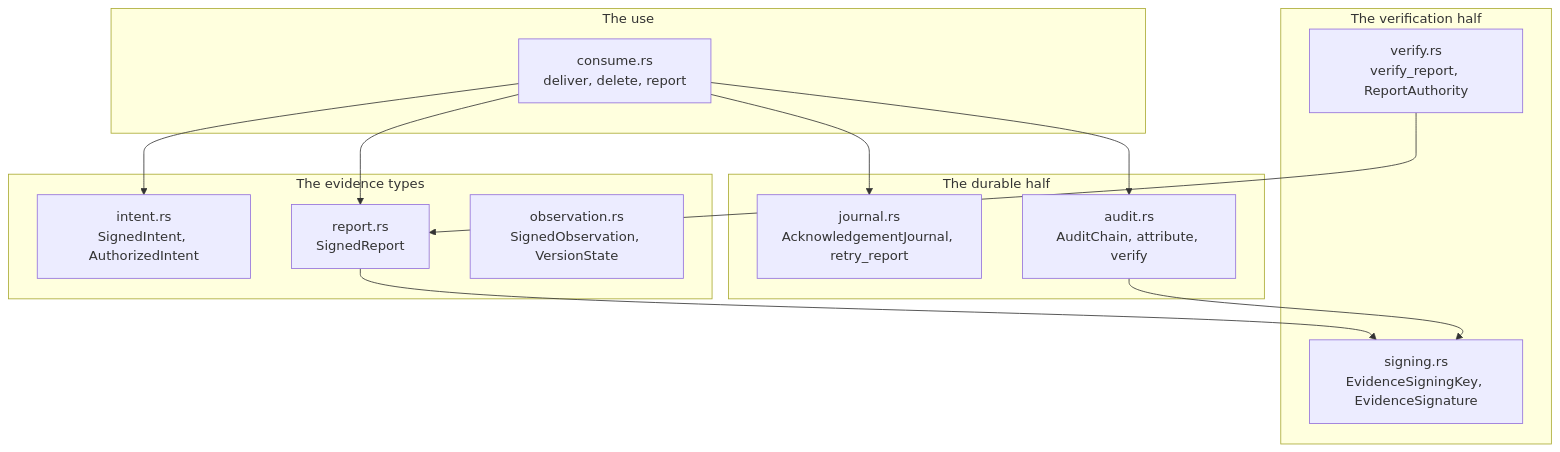
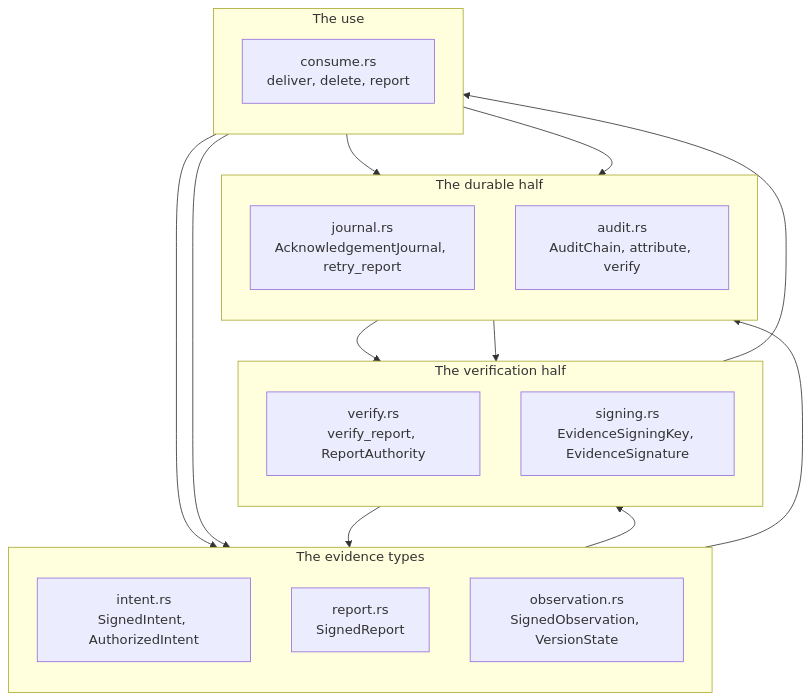
Before and after one commit to bruj0/keyspout: the first of 7 diagrams in site/docs/components/ksp-deletion.md, drawn with Mermaid. The commit also changed 15 other files, not shown here.

First line of the commit message:
feat(site): zoom every diagram, and make the wide ones vertical

````diff
--- a/site/docs/components/ksp-deletion.md
+++ b/site/docs/components/ksp-deletion.md
@@ -33,30 +33,37 @@
 ```mermaid
 graph TB
   subgraph Evidence["The evidence types"]
+      direction TB
     INTENT["intent.rs<br/>SignedIntent, AuthorizedIntent"]
     REPORT["report.rs<br/>SignedReport"]
     OBS["observation.rs<br/>SignedObservation, VersionState"]
   end
 
   subgraph Durable["The durable half"]
+      direction TB
     JOURNAL["journal.rs<br/>AcknowledgementJournal, retry_report"]
     AUDIT["audit.rs<br/>AuditChain, attribute, verify"]
   end
 
   subgraph Verify["The verification half"]
+      direction TB
     VERIFY["verify.rs<br/>verify_report, ReportAuthority"]
     SIGN["signing.rs<br/>EvidenceSigningKey, EvidenceSignature"]
   end
 
   subgraph Use["The use"]
+      direction TB
     CONSUME["consume.rs<br/>deliver, delete, report"]
   end
 
   CONSUME --> INTENT
   CONSUME --> REPORT
   CONSUME --> JOURNAL
   CONSUME --> AUDIT
   VERIFY --> REPORT
   REPORT --> SIGN
   AUDIT --> SIGN
+  Evidence --> Durable
+  Durable --> Verify
+  Verify --> Use
 ```
````
